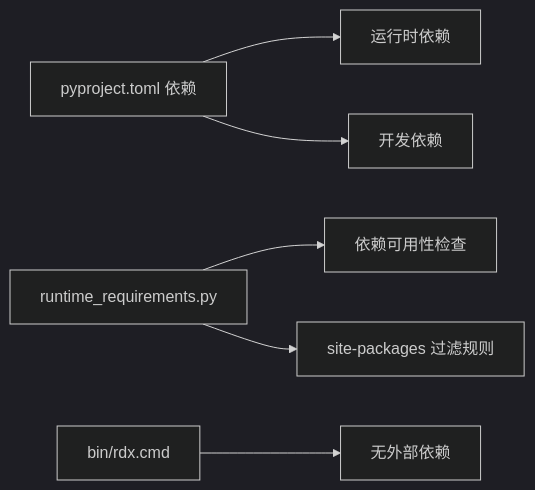
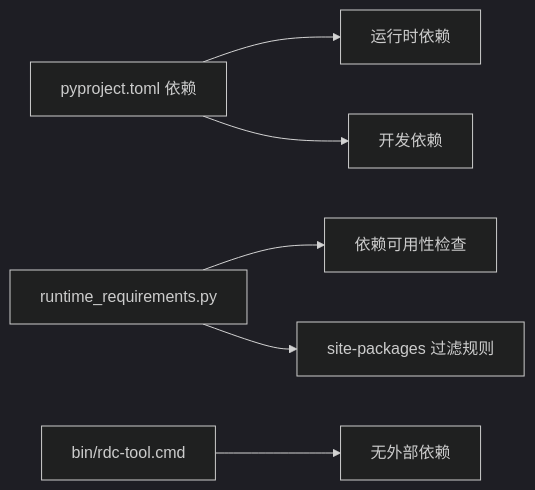
Before and after one commit to haolange/RDC-Tool: the ninth of 9 diagrams in .qoder/repowiki/zh/content/部署和发布/构建系统.md, drawn with Mermaid (dark theme). The commit also changed other lines of this file and 388 other files, not shown here.

First line of the commit message:
Release RDC-Tool identity and public maintenance surface

````diff
--- a/.qoder/repowiki/zh/content/部署和发布/构建系统.md
+++ b/.qoder/repowiki/zh/content/部署和发布/构建系统.md
@@ -373,8 +373,8 @@
 ```mermaid
 graph LR
 A["pyproject.toml 依赖"] --> B["运行时依赖"]
 A --> C["开发依赖"]
 D["runtime_requirements.py"] --> E["依赖可用性检查"]
 D --> F["site-packages 过滤规则"]
-G["bin/rdx.cmd"] --> H["无外部依赖"]
+G["bin/rdc-tool.cmd"] --> H["无外部依赖"]
 ```
````
